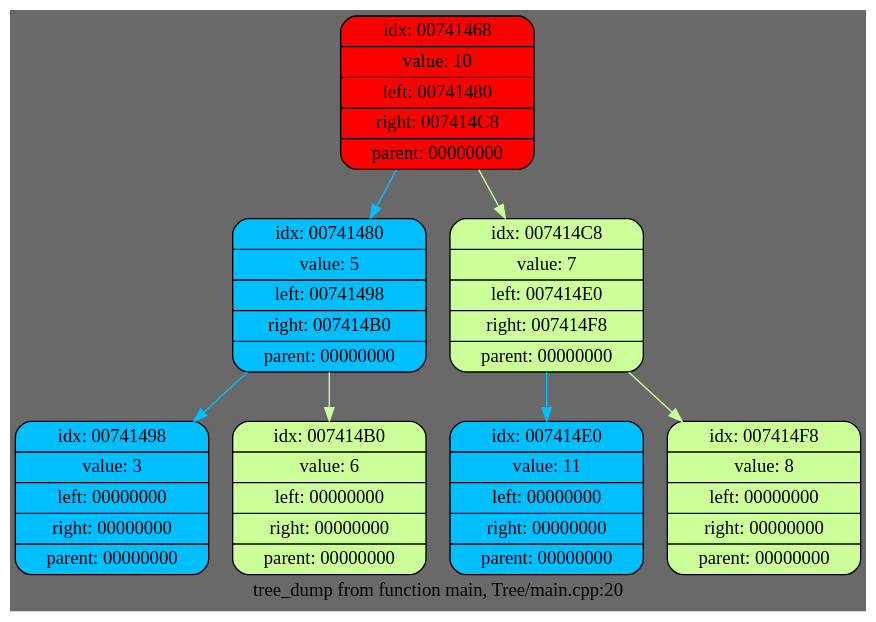
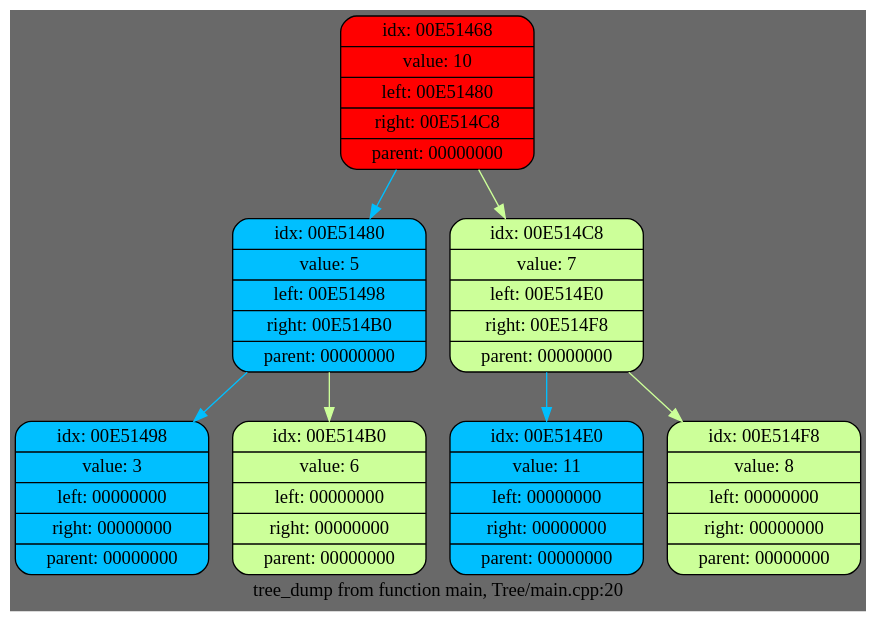
The diagram in dump.dot (EntryFrager/tree), drawn with Graphviz before and after one commit. The commit also changed 5 other files, not shown here.

```diff
--- a/dump.dot
+++ b/dump.dot
@@ -1,17 +1,17 @@
 digraph List {
 	rankdir = HR;
 	bgcolor = "#696969";
-	node0 [shape = Mrecord, style = filled, fillcolor = "#ff0000", label = "{idx: 00741468 | value: 10 | left: 00741480 | right: 007414C8 | parent: 00000000}"];
-	node1 [shape = Mrecord, style = filled, fillcolor = "#00BFFF", label = "{idx: 00741480 | value: 5 | left: 00741498 | right: 007414B0 | parent: 00000000}"];
+	node0 [shape = Mrecord, style = filled, fillcolor = "#ff0000", label = "{idx: 00E51468 | value: 10 | left: 00E51480 | right: 00E514C8 | parent: 00000000}"];
+	node1 [shape = Mrecord, style = filled, fillcolor = "#00BFFF", label = "{idx: 00E51480 | value: 5 | left: 00E51498 | right: 00E514B0 | parent: 00000000}"];
 	node0 -> node1 [color = "#00BFFF"]
-	node2 [shape = Mrecord, style = filled, fillcolor = "#00BFFF", label = "{idx: 00741498 | value: 3 | left: 00000000 | right: 00000000 | parent: 00000000}"];
+	node2 [shape = Mrecord, style = filled, fillcolor = "#00BFFF", label = "{idx: 00E51498 | value: 3 | left: 00000000 | right: 00000000 | parent: 00000000}"];
 	node1 -> node2 [color = "#00BFFF"]
-	node3 [shape = Mrecord, style = filled, fillcolor = "#ccff99", label = "{idx: 007414B0 | value: 6 | left: 00000000 | right: 00000000 | parent: 00000000}"];
+	node3 [shape = Mrecord, style = filled, fillcolor = "#ccff99", label = "{idx: 00E514B0 | value: 6 | left: 00000000 | right: 00000000 | parent: 00000000}"];
 	node1 -> node3 [color = "#ccff99"]
-	node4 [shape = Mrecord, style = filled, fillcolor = "#ccff99", label = "{idx: 007414C8 | value: 7 | left: 007414E0 | right: 007414F8 | parent: 00000000}"];
+	node4 [shape = Mrecord, style = filled, fillcolor = "#ccff99", label = "{idx: 00E514C8 | value: 7 | left: 00E514E0 | right: 00E514F8 | parent: 00000000}"];
 	node0 -> node4 [color = "#ccff99"]
-	node5 [shape = Mrecord, style = filled, fillcolor = "#00BFFF", label = "{idx: 007414E0 | value: 11 | left: 00000000 | right: 00000000 | parent: 00000000}"];
+	node5 [shape = Mrecord, style = filled, fillcolor = "#00BFFF", label = "{idx: 00E514E0 | value: 11 | left: 00000000 | right: 00000000 | parent: 00000000}"];
 	node4 -> node5 [color = "#00BFFF"]
-	node6 [shape = Mrecord, style = filled, fillcolor = "#ccff99", label = "{idx: 007414F8 | value: 8 | left: 00000000 | right: 00000000 | parent: 00000000}"];
+	node6 [shape = Mrecord, style = filled, fillcolor = "#ccff99", label = "{idx: 00E514F8 | value: 8 | left: 00000000 | right: 00000000 | parent: 00000000}"];
 	node4 -> node6 [color = "#ccff99"]
 	label = "tree_dump from function main, Tree/main.cpp:20";}
```
